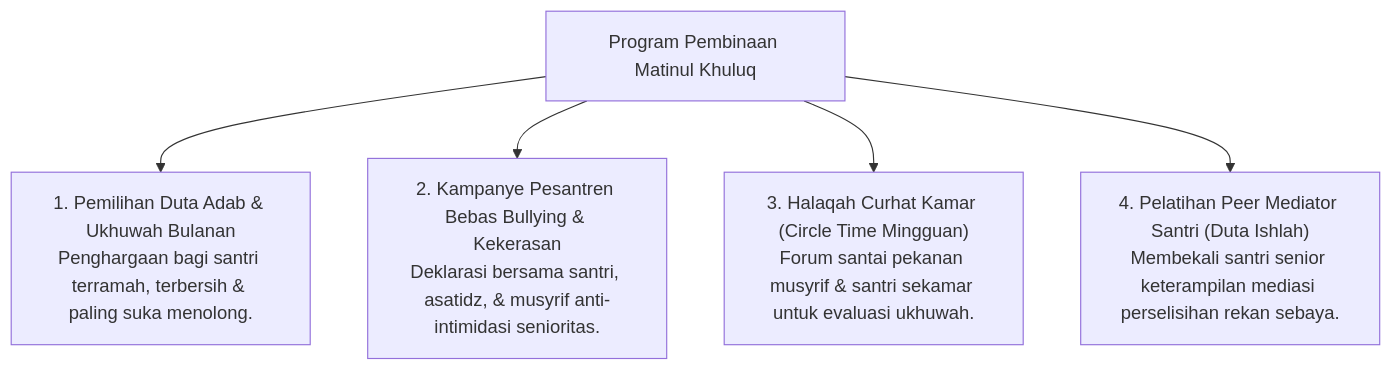
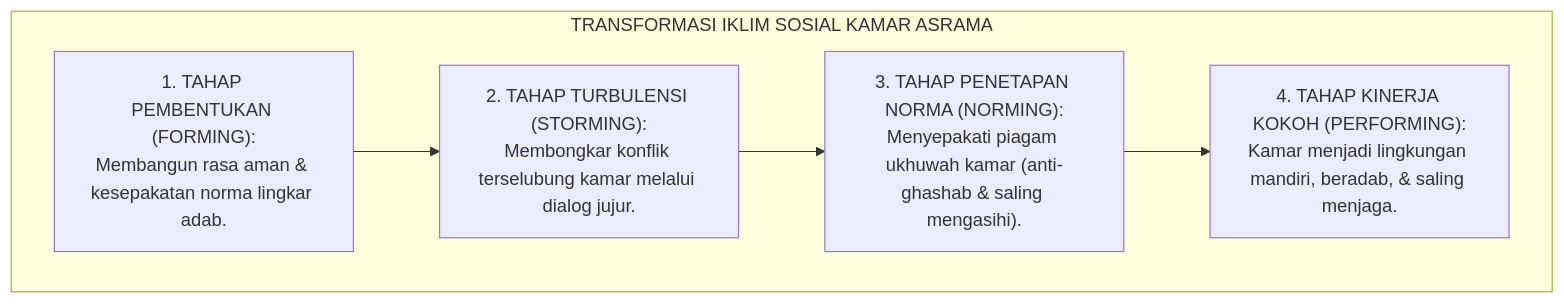
The fourth of 8 diagrams in 03 Capacity Framework/06 Matinul Khuluq/P3-06-11-Program-Pembinaan-dan-Halaqah.md (wandiapriliyandi/tumbuh), drawn with Mermaid before and after one commit. The commit also changed other lines of this file and 14 other files, not shown here.

Commit message:
docs(03-capacity): complete 15 research monographs for 06 Matinul Khuluq

````diff
--- a/03 Capacity Framework/06 Matinul Khuluq/P3-06-11-Program-Pembinaan-dan-Halaqah.md
+++ b/03 Capacity Framework/06 Matinul Khuluq/P3-06-11-Program-Pembinaan-dan-Halaqah.md
@@ -10,9 +122,11 @@
 ```mermaid
-graph TD
-    Program["Program Pembinaan Matinul Khuluq"]
-    
-    Program --> P1["1. Pemilihan Duta Adab & Ukhuwah Bulanan<br/>Penghargaan bagi santri terramah, terbersih & paling suka menolong."]
-    Program --> P2["2. Kampanye Pesantren Bebas Bullying & Kekerasan<br/>Deklarasi bersama santri, asatidz, & musyrif anti-intimidasi senioritas."]
-    Program --> P3["3. Halaqah Curhat Kamar (Circle Time Mingguan)<br/>Forum santai pekanan musyrif & santri sekamar untuk evaluasi ukhuwah."]
-    Program --> P4["4. Pelatihan Peer Mediator Santri (Duta Ishlah)<br/>Membekali santri senior keterampilan mediasi perselisihan rekan sebaya."]
+flowchart TD
+    subgraph DinamikaSosialHalaqah["TRANSFORMASI IKLIM SOSIAL KAMAR ASRAMA"]
+        TahapA["1. TAHAP PEMBENTUKAN (FORMING):<br/>Membangun rasa aman & kesepakatan norma lingkar adab."]
+        TahapB["2. TAHAP TURBULENSI (STORMING):<br/>Membongkar konflik terselubung kamar melalui dialog jujur."]
+        TahapC["3. TAHAP PENETAPAN NORMA (NORMING):<br/>Menyepakati piagam ukhuwah kamar (anti-ghashab & saling mengasihi)."]
+        TahapD["4. TAHAP KINERJA KOKOH (PERFORMING):<br/>Kamar menjadi lingkungan mandiri, beradab, & saling menjaga."]
+        
+        TahapA --> TahapB --> TahapC --> TahapD
+    end
 ```
````
